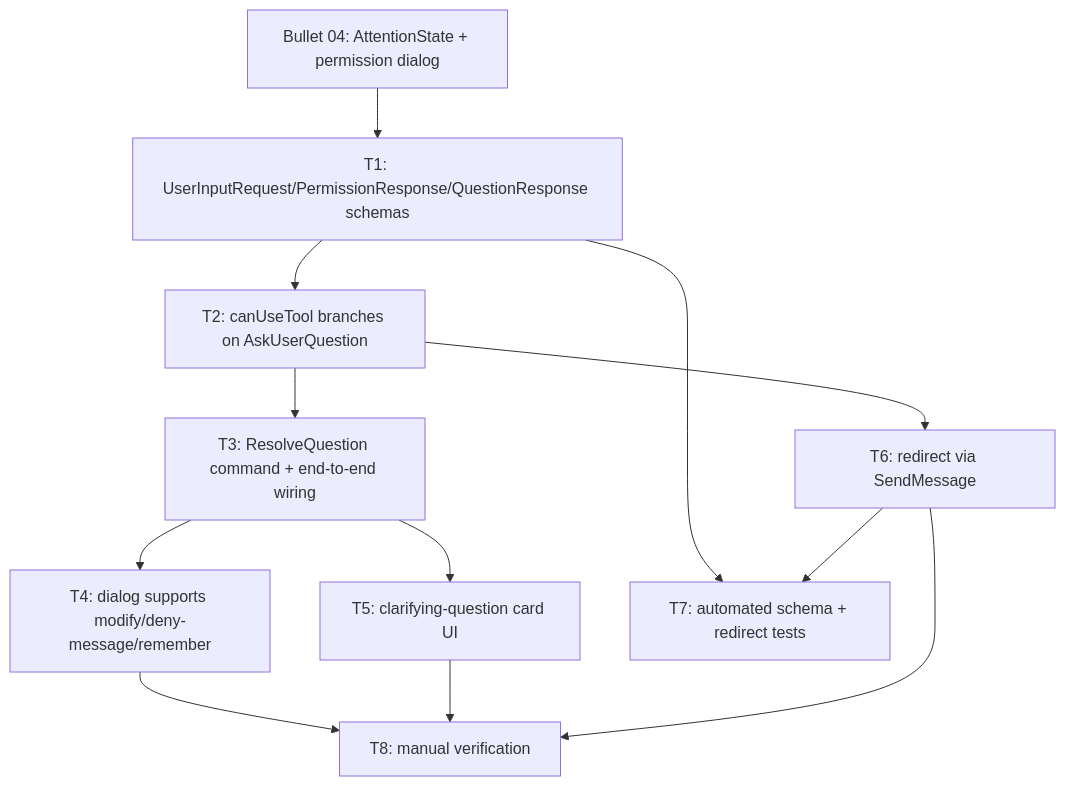
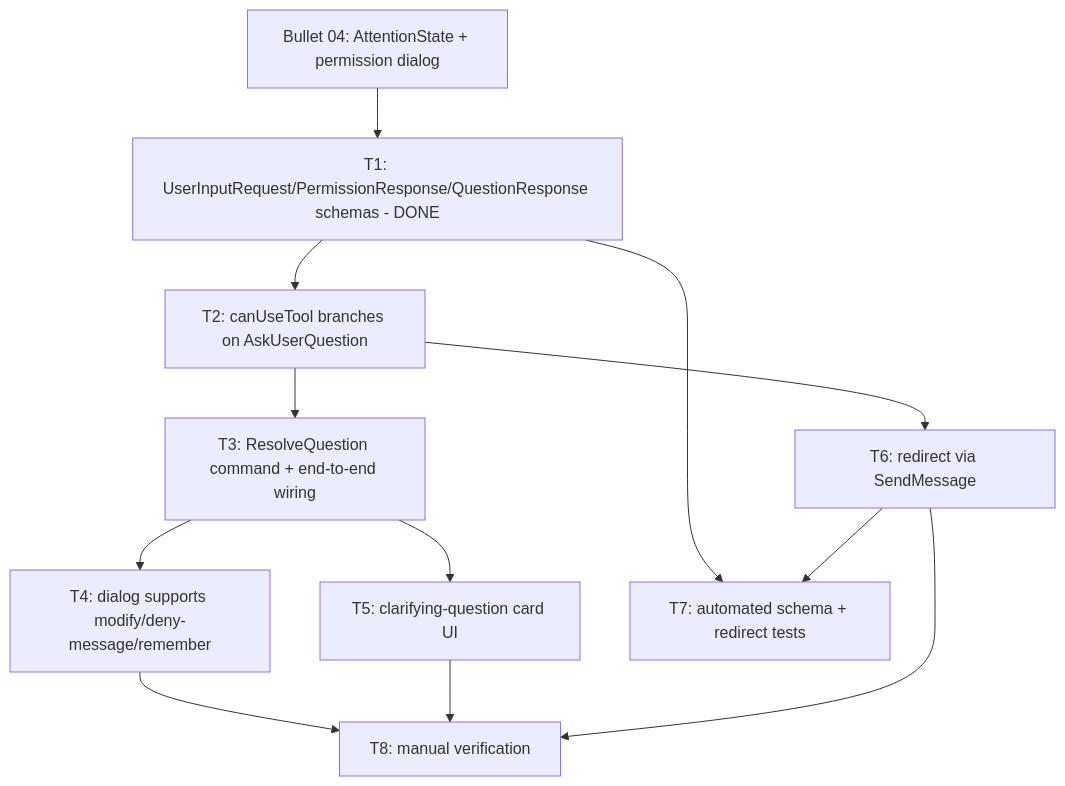
The diagram in .draekien/break-down-prd/dia-mvp/06-richer-permission-responses-and-questions.md (draekien/dia), drawn with Mermaid before and after one commit. The commit also changed other lines of this file and 4 other files, not shown here.

Commit message:
feat: add UserInputRequest/PermissionResponse/QuestionResponse schemas

````diff
--- a/.draekien/break-down-prd/dia-mvp/06-richer-permission-responses-and-questions.md
+++ b/.draekien/break-down-prd/dia-mvp/06-richer-permission-responses-and-questions.md
@@ -28,23 +29,23 @@
 ```mermaid
 graph TD
   B04[Bullet 04: AttentionState + permission dialog]
-  T1[T1: UserInputRequest/PermissionResponse/QuestionResponse schemas]
+  T1[T1: UserInputRequest/PermissionResponse/QuestionResponse schemas - DONE]
   T2[T2: canUseTool branches on AskUserQuestion]
   T3[T3: ResolveQuestion command + end-to-end wiring]
   T4[T4: dialog supports modify/deny-message/remember]
   T5[T5: clarifying-question card UI]
   T6[T6: redirect via SendMessage]
   T7[T7: automated schema + redirect tests]
   T8[T8: manual verification]
   B04 --> T1
   T1 --> T2
   T2 --> T3
   T3 --> T4
   T3 --> T5
   T2 --> T6
   T1 --> T7
   T6 --> T7
   T4 --> T8
   T5 --> T8
   T6 --> T8
 ```
````
